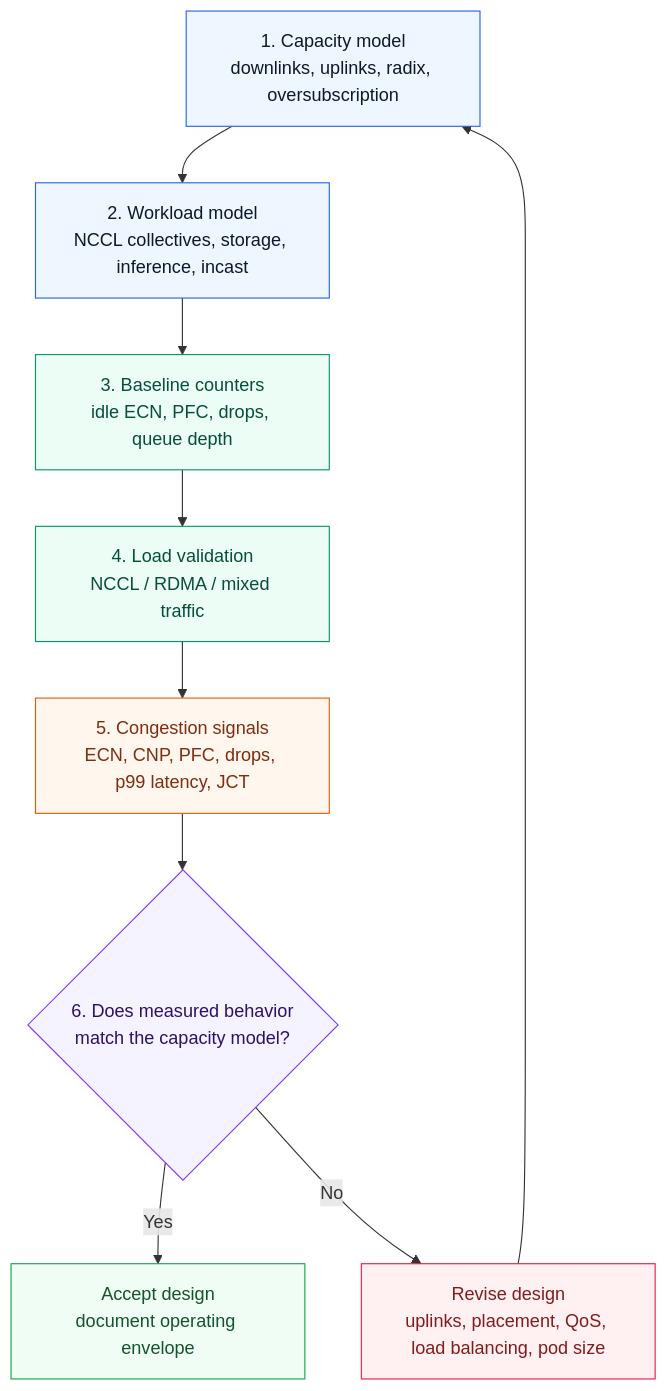
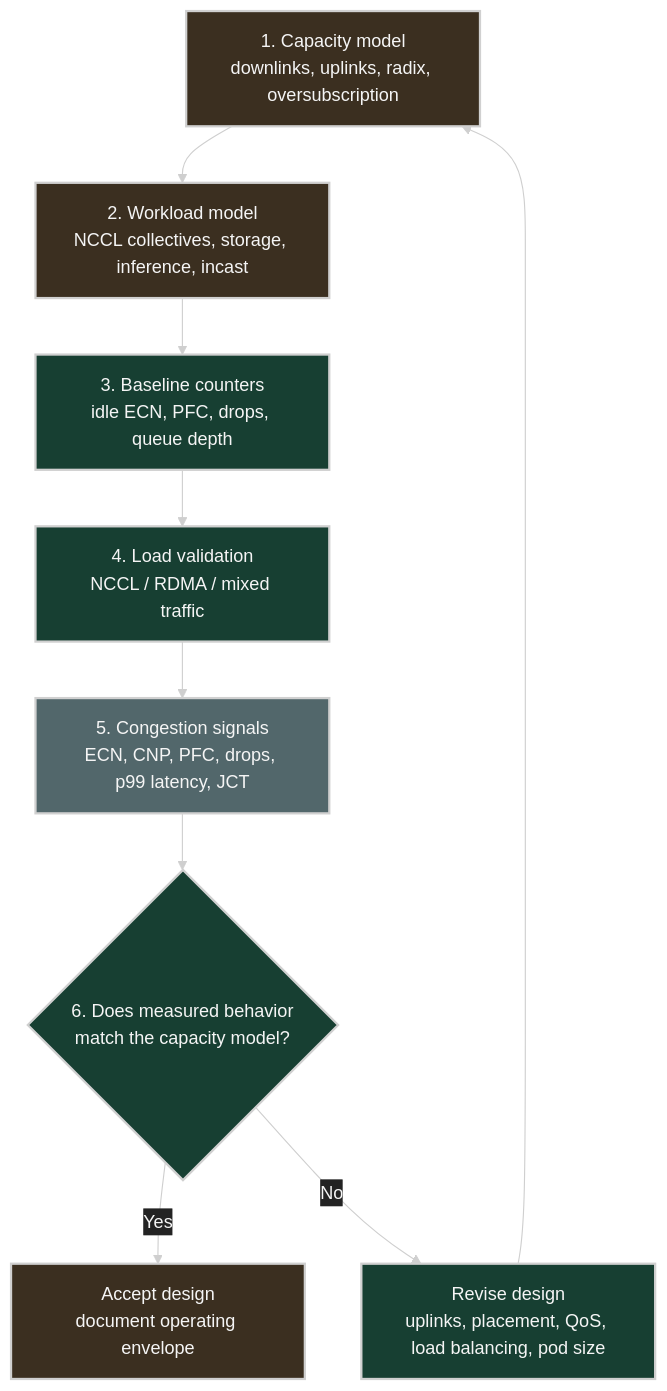
Diagram 17 of 17 in ai-data-center-network/chap03/README.md (ziwon/ai-data-center-network), drawn with Mermaid before and after one commit. The commit also changed other lines of this file and 35 other files, not shown here.

Commit message:
docs(mermaid): apply dark diagram style

````diff
--- a/ai-data-center-network/chap03/README.md
+++ b/ai-data-center-network/chap03/README.md
@@ -1439,27 +1455,28 @@
 ```mermaid
+%%{init: {"theme": "base", "themeVariables": {"background": "#171717", "primaryColor": "#232323", "primaryTextColor": "#f5f5f5", "primaryBorderColor": "#d0d0d0", "lineColor": "#cfcfcf", "fontFamily": "Inter, Arial, sans-serif"}}}%%
 flowchart TB
-    classDef model fill:#eef6ff,stroke:#2563eb,color:#0f172a
-    classDef test fill:#ecfdf5,stroke:#059669,color:#064e3b
-    classDef signal fill:#fff7ed,stroke:#ea580c,color:#7c2d12
-    classDef decision fill:#f5f3ff,stroke:#7c3aed,color:#2e1065
-    classDef fail fill:#fff1f2,stroke:#e11d48,color:#7f1d1d
-    classDef pass fill:#f0fdf4,stroke:#16a34a,color:#14532d
+    classDef model fill:#3b2f20,stroke:#d0d0d0,color:#f5f5f5,stroke-width:2px;
+    classDef test fill:#173f32,stroke:#d0d0d0,color:#f5f5f5,stroke-width:2px;
+    classDef signal fill:#52676b,stroke:#d0d0d0,color:#f5f5f5,stroke-width:2px;
+    classDef decision fill:#173f32,stroke:#d0d0d0,color:#f5f5f5,stroke-width:2px;
+    classDef fail fill:#173f32,stroke:#d0d0d0,color:#f5f5f5,stroke-width:2px;
+    classDef pass fill:#3b2f20,stroke:#d0d0d0,color:#f5f5f5,stroke-width:2px;
 
     C[1. Capacity model<br/>downlinks, uplinks, radix, oversubscription]:::model
     W[2. Workload model<br/>NCCL collectives, storage, inference, incast]:::model
     B[3. Baseline counters<br/>idle ECN, PFC, drops, queue depth]:::test
     T[4. Load validation<br/>NCCL / RDMA / mixed traffic]:::test
     S[5. Congestion signals<br/>ECN, CNP, PFC, drops, p99 latency, JCT]:::signal
     D{6. Does measured behavior<br/>match the capacity model?}:::decision
     P[Accept design<br/>document operating envelope]:::pass
     R[Revise design<br/>uplinks, placement, QoS, load balancing, pod size]:::fail
 
     C --> W
     W --> B
     B --> T
     T --> S
     S --> D
     D -->|Yes| P
     D -->|No| R
     R --> C
 ```
````
